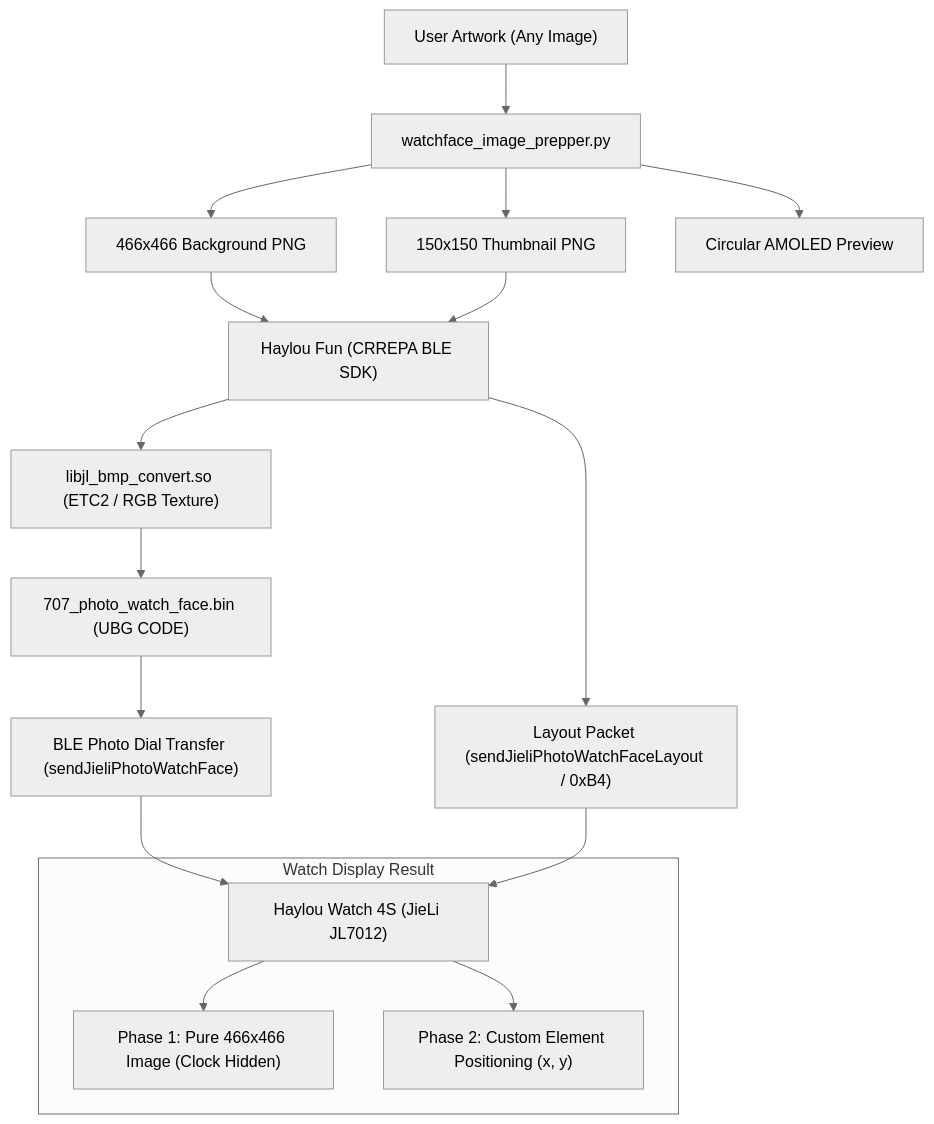
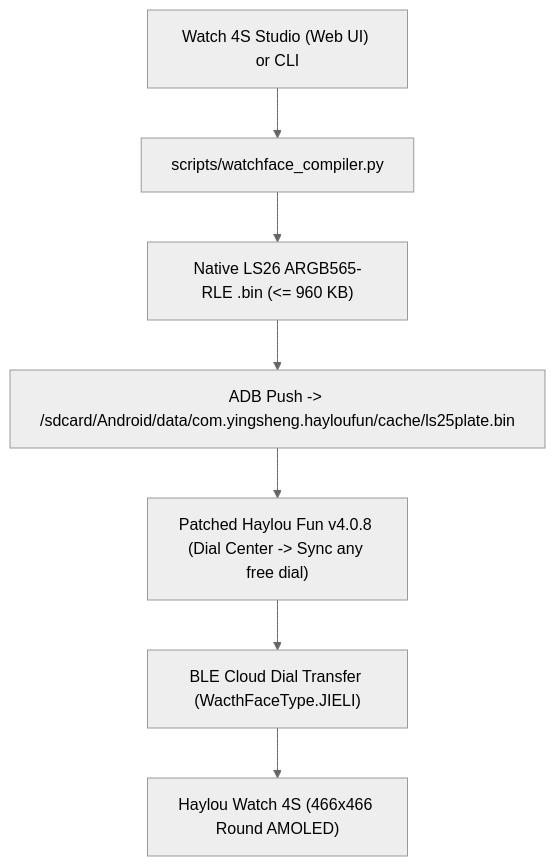
The diagram in docs/haylou_watch4s_customizer_guide.md (toruu7/haylou-watch4s-watchface-maker), drawn with Mermaid (neutral theme) before and after one commit. The commit also changed other lines of this file and 10 other files, not shown here.

````diff
--- a/docs/haylou_watch4s_customizer_guide.md
+++ b/docs/haylou_watch4s_customizer_guide.md
@@ -9,24 +9,9 @@
 ```mermaid
 graph TD
-    A["User Artwork (Any Image)"] --> B["watchface_image_prepper.py"]
-    B --> C["466x466 Background PNG"]
-    B --> D["150x150 Thumbnail PNG"]
-    B --> E["Circular AMOLED Preview"]
-    
-    C --> F["Haylou Fun (CRREPA BLE SDK)"]
-    D --> F
-    
-    F --> G["libjl_bmp_convert.so (ETC2 / RGB Texture)"]
-    G --> H["707_photo_watch_face.bin (UBG CODE)"]
-    
-    H --> I["BLE Photo Dial Transfer (sendJieliPhotoWatchFace)"]
-    I --> J["Haylou Watch 4S (JieLi JL7012)"]
-    
-    F --> K["Layout Packet (sendJieliPhotoWatchFaceLayout / 0xB4)"]
-    K --> J
-    
-    subgraph Watch_Display ["Watch Display Result"]
-        J --> L["Phase 1: Pure 466x466 Image (Clock Hidden)"]
-        J --> M["Phase 2: Custom Element Positioning (x, y)"]
-    end
+    A["Watch 4S Studio (Web UI) or CLI"] --> B["scripts/watchface_compiler.py"]
+    B --> C["Native LS26 ARGB565-RLE .bin (<= 960 KB)"]
+    C --> D["ADB Push -> /sdcard/Android/data/com.yingsheng.hayloufun/cache/ls25plate.bin"]
+    D --> E["Patched Haylou Fun v4.0.8 (Dial Center -> Sync any free dial)"]
+    E --> F["BLE Cloud Dial Transfer (WacthFaceType.JIELI)"]
+    F --> G["Haylou Watch 4S (466x466 Round AMOLED)"]
 ```
````
